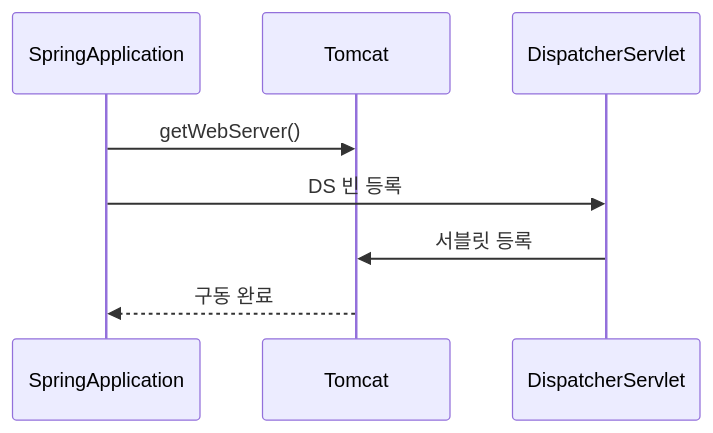
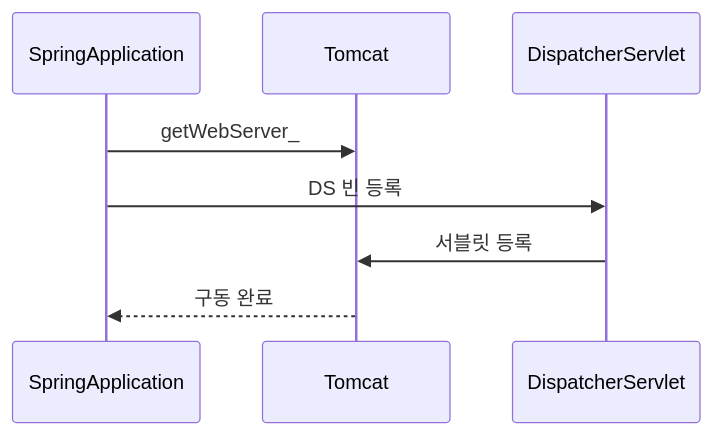
The fifth of 7 diagrams in _posts/spring/2026-05-02-spring-boot-autoconfigure.md (yjkim2015/yjkim2015.github.io), drawn with Mermaid before and after one commit. The commit also changed other lines of this file and 85 other files, not shown here.

First line of the commit message:
sequenceDiagram 문법 에러 2차 수정 169개 (86파일)

````diff
--- a/_posts/spring/2026-05-02-spring-boot-autoconfigure.md
+++ b/_posts/spring/2026-05-02-spring-boot-autoconfigure.md
@@ -436,10 +436,10 @@
 ```mermaid
 sequenceDiagram
     participant SA as SpringApplication
     participant TC as Tomcat
     participant DS as DispatcherServlet
-    SA->>TC: getWebServer()
+    SA->>TC: getWebServer_
     SA->>DS: DS 빈 등록
     DS->>TC: 서블릿 등록
     TC-->>SA: 구동 완료
 ```
````
